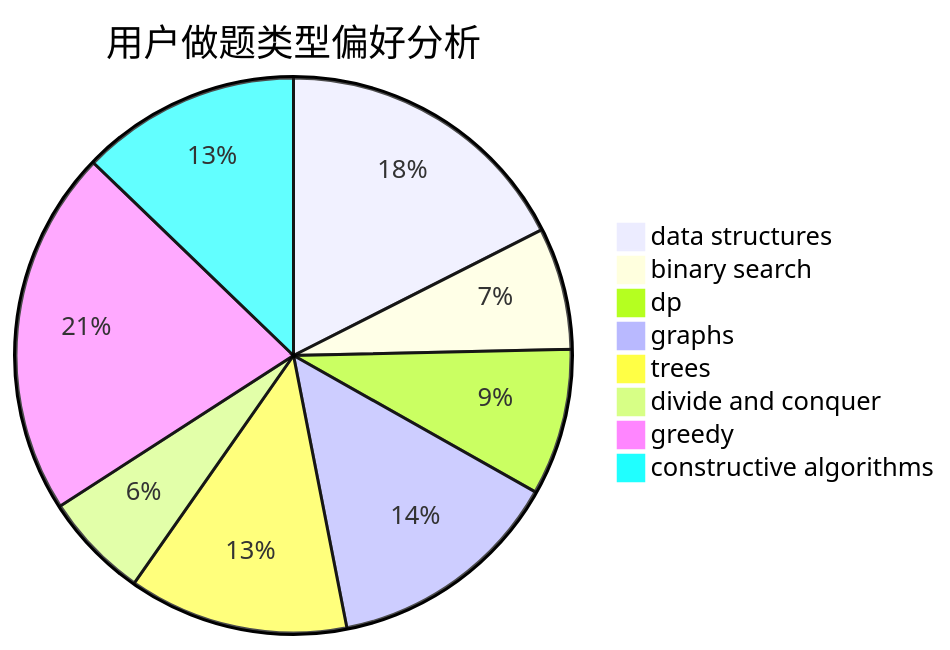
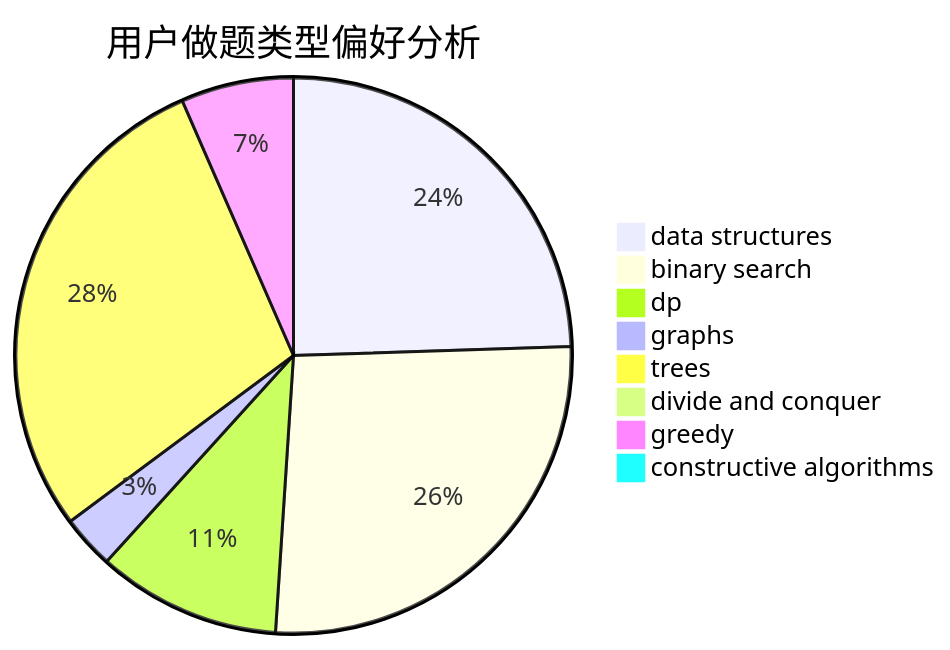
The second of 3 diagrams in docs/user/u168.md (sherpahu/cfrs.github.io), drawn with Mermaid before and after one commit. The commit also changed other lines of this file and 2770 other files, not shown here.

````diff
--- a/docs/user/u168.md
+++ b/docs/user/u168.md
@@ -23,11 +23,11 @@
 ```mermaid
 pie title 用户做题类型偏好分析
-    "data structures" :  37
-    "binary search" :  15
-    "dp" :  18
-    "graphs" :  29
-    "trees" :  27
-    "divide and conquer" :  13
-    "greedy" :  45
-    "constructive algorithms" :  27
+    "data structures" :  71
+    "binary search" :  77
+    "dp" :  31
+    "graphs" :  9
+    "trees" :  83
+    "divide and conquer" :  0
+    "greedy" :  19
+    "constructive algorithms" :  2
 ```
````
